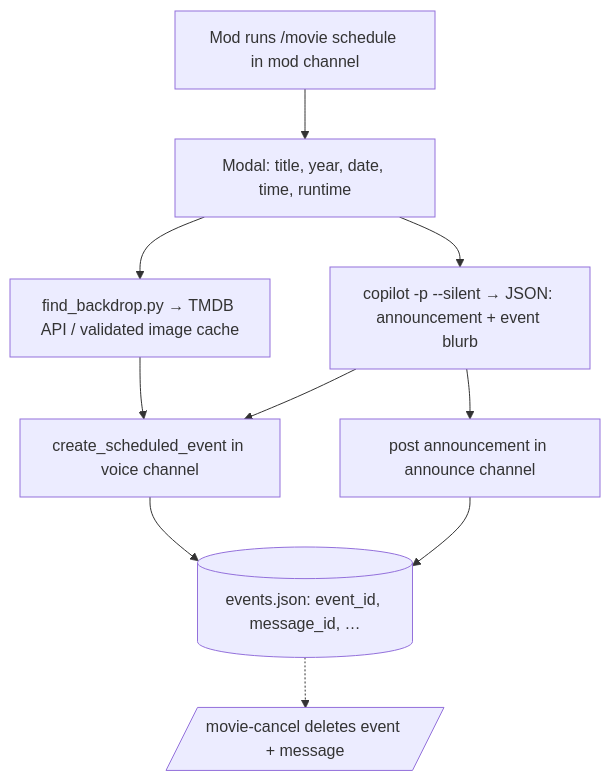
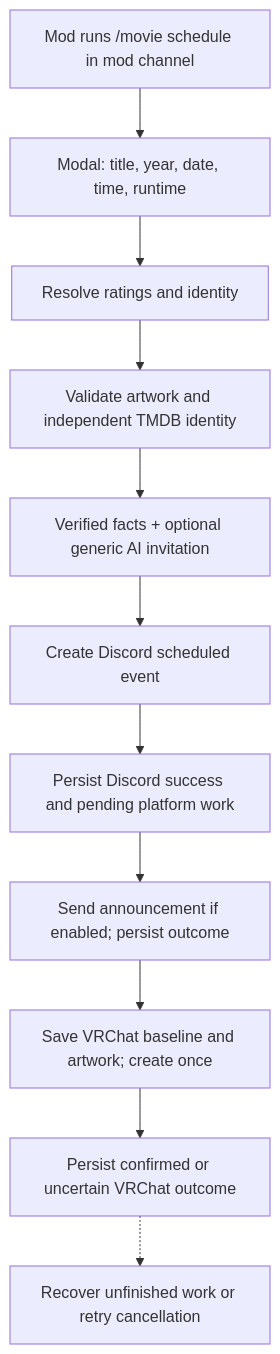
One commit to M1XZG/movie-night-bot changed the first of 2 diagrams in README.md. Above: the diagram before and after it, drawn with Mermaid. The commit also changed other lines of this file and 13 other files, not shown here.

First line of the commit message:
Harden movie identity and cross-platform recovery

````diff
--- a/README.md
+++ b/README.md
@@ -66,12 +68,13 @@
 ```mermaid
 flowchart TD
     A[Mod runs /movie schedule in mod channel] --> B[Modal: title, year, date, time, runtime]
-    B --> C[find_backdrop.py → TMDB API / validated image cache]
-    B --> D[copilot -p --silent → JSON: announcement + event blurb]
-    C --> E[create_scheduled_event in voice channel]
-    D --> E
-    D --> F[post announcement in announce channel]
-    E --> G[(events.json: event_id, message_id, …)]
-    F --> G
-    G -.-> H[/movie-cancel deletes event + message/]
+    B --> R[Resolve ratings and identity]
+    R --> C[Validate artwork and independent TMDB identity]
+    C --> D[Verified facts + optional generic AI invitation]
+    D --> E[Create Discord scheduled event]
+    E --> G[Persist Discord success and pending platform work]
+    G --> F[Send announcement if enabled; persist outcome]
+    F --> V[Save VRChat baseline and artwork; create once]
+    V --> S[Persist confirmed or uncertain VRChat outcome]
+    S -.-> H[Recover unfinished work or retry cancellation]
 ```
````
